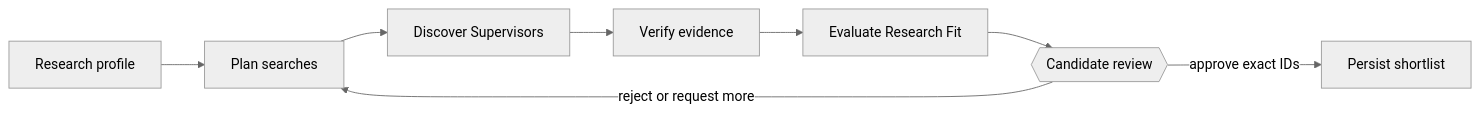
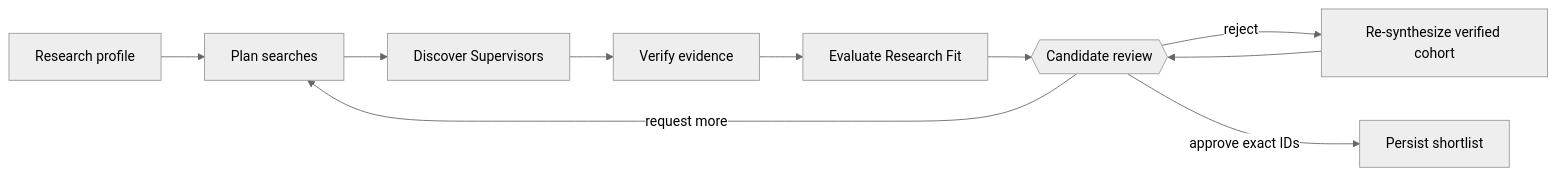
The diagram in README.md (shanly-rajan/ai-builder), drawn with Mermaid (neutral theme) before and after one commit. The commit also changed other lines of this file and 9 other files, not shown here.

````diff
--- a/README.md
+++ b/README.md
@@ -21,10 +21,12 @@
 ```mermaid
 flowchart LR
     Profile[Research profile] --> Plan[Plan searches]
     Plan --> Discover[Discover Supervisors]
     Discover --> Verify[Verify evidence]
     Verify --> Fit[Evaluate Research Fit]
     Fit --> Gate{{Candidate review}}
-    Gate -->|reject or request more| Plan
+    Gate -->|reject| Reconsider[Re-synthesize verified cohort]
+    Reconsider --> Gate
+    Gate -->|request more| Plan
     Gate -->|approve exact IDs| Shortlist[Persist shortlist]
 ```
````
